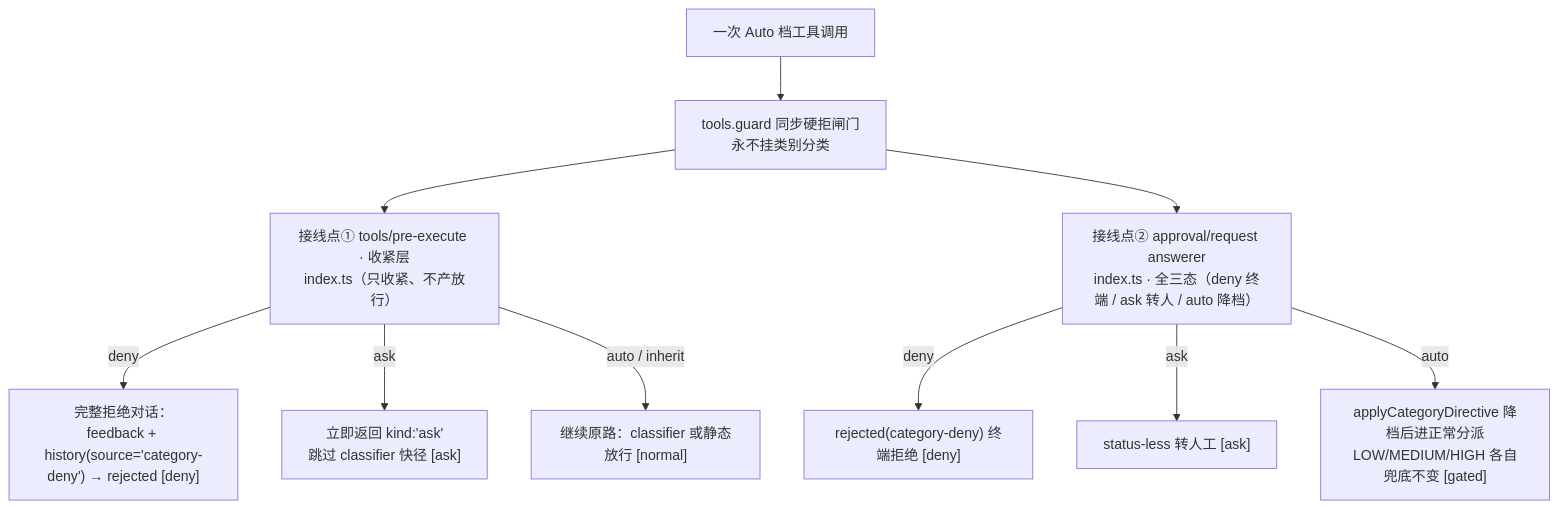
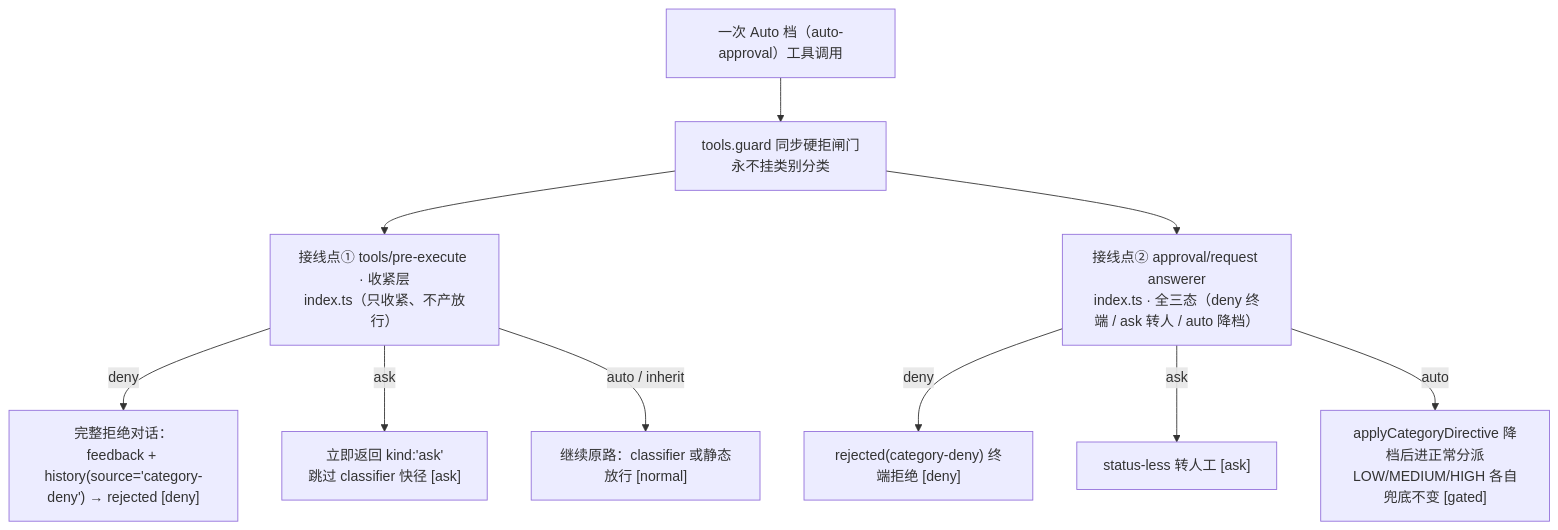
One commit to cuddly-guacamole/dsh-auto-approval-llm changed the diagram in docs/17-category-switches.md. Above: the diagram before and after it, drawn with Mermaid. The commit also changed 15 other files, not shown here.

First line of the commit message:
docs: document the auto-approval rename and legacy migration

````diff
--- a/docs/17-category-switches.md
+++ b/docs/17-category-switches.md
@@ -35,12 +35,12 @@
 ```mermaid
 flowchart TD
-    T["一次 Auto 档工具调用"] --> G["tools.guard 同步硬拒闸门<br/>永不挂类别分类"]
+    T["一次 Auto 档（auto-approval）工具调用"] --> G["tools.guard 同步硬拒闸门<br/>永不挂类别分类"]
     G --> P["接线点① tools/pre-execute · 收紧层<br/>index.ts（只收紧、不产放行）"]
     P -->|"deny"| PD["完整拒绝对话：<br/>feedback + history(source='category-deny') → rejected [deny]"]
     P -->|"ask"| PA["立即返回 kind:'ask'<br/>跳过 classifier 快径 [ask]"]
     P -->|"auto / inherit"| N["继续原路：classifier 或静态放行 [normal]"]
     G --> A["接线点② approval/request answerer<br/>index.ts · 全三态（deny 终端 / ask 转人 / auto 降档）"]
     A -->|"deny"| AD["rejected(category-deny) 终端拒绝 [deny]"]
     A -->|"ask"| AA["status-less 转人工 [ask]"]
     A -->|"auto"| AL["applyCategoryDirective 降档后进正常分派<br/>LOW/MEDIUM/HIGH 各自兜底不变 [gated]"]
 ```
````
